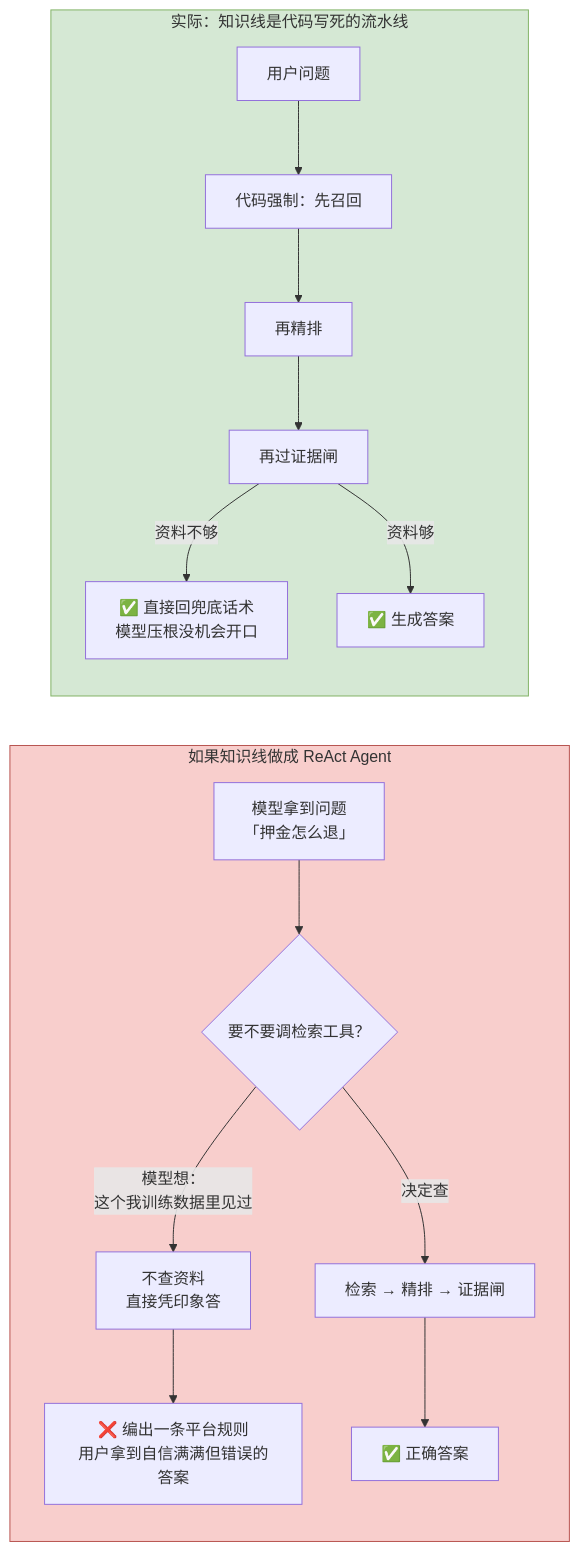
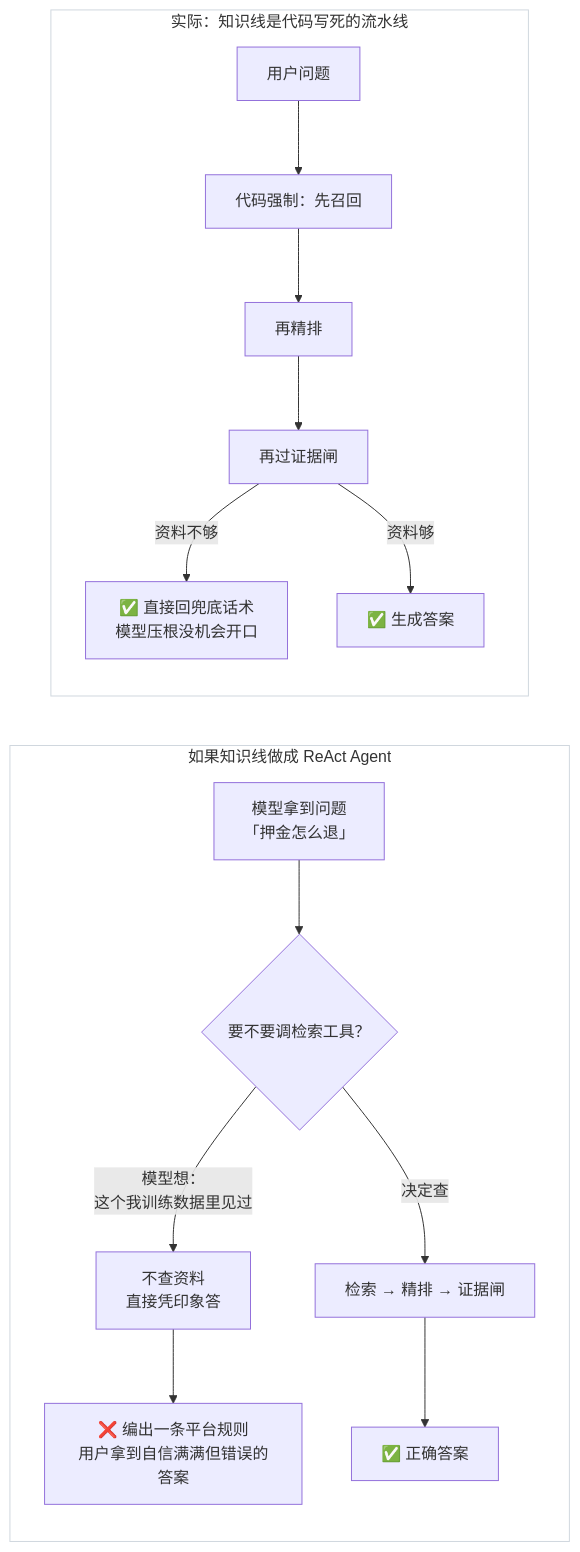
Before and after one commit to Melody022/Helper-agent: the second of 5 diagrams in docs/架构图.md, drawn with Mermaid. The commit also changed other lines of this file and 5 other files, not shown here.

First line of the commit message:
架构图改画风：白底细灰边深色字，去掉花哨色块

````diff
--- a/docs/架构图.md
+++ b/docs/架构图.md
@@ -80,23 +83,23 @@
 ```mermaid
 flowchart LR
     subgraph BAD["如果知识线做成 ReAct Agent"]
         direction TB
         B1["模型拿到问题<br/>「押金怎么退」"] --> B2{"要不要调检索工具？"}
         B2 -->|"模型想：<br/>这个我训练数据里见过"| B3["不查资料<br/>直接凭印象答"]
         B2 -->|"决定查"| B4["检索 → 精排 → 证据闸"]
         B3 --> B5["❌ 编出一条平台规则<br/>用户拿到自信满满但错误的答案"]
         B4 --> B6["✅ 正确答案"]
     end
 
     subgraph GOOD["实际：知识线是代码写死的流水线"]
         direction TB
         G1["用户问题"] --> G2["代码强制：先召回"]
         G2 --> G3["再精排"]
         G3 --> G4["再过证据闸"]
         G4 -->|"资料不够"| G5["✅ 直接回兜底话术<br/>模型压根没机会开口"]
         G4 -->|"资料够"| G6["✅ 生成答案"]
     end
 
-    style BAD fill:#f8cecc,stroke:#b85450
-    style GOOD fill:#d5e8d4,stroke:#82b366
+    style BAD fill:#ffffff,stroke:#d0d7de
+    style GOOD fill:#ffffff,stroke:#d0d7de
 ```
````
